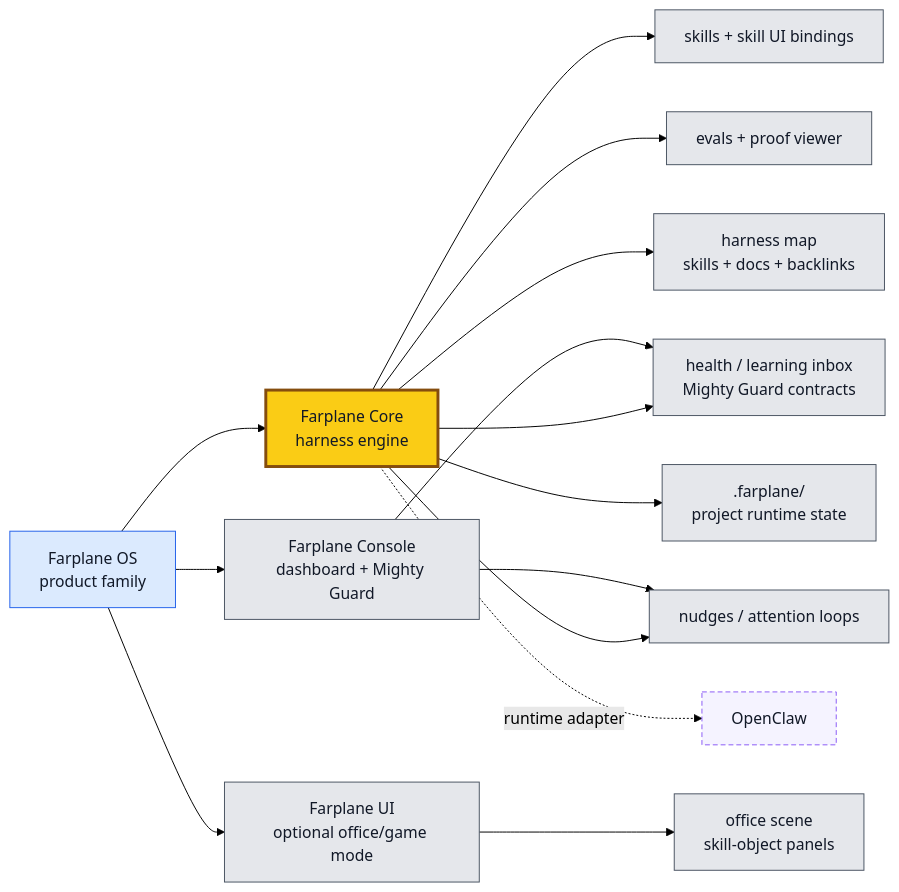
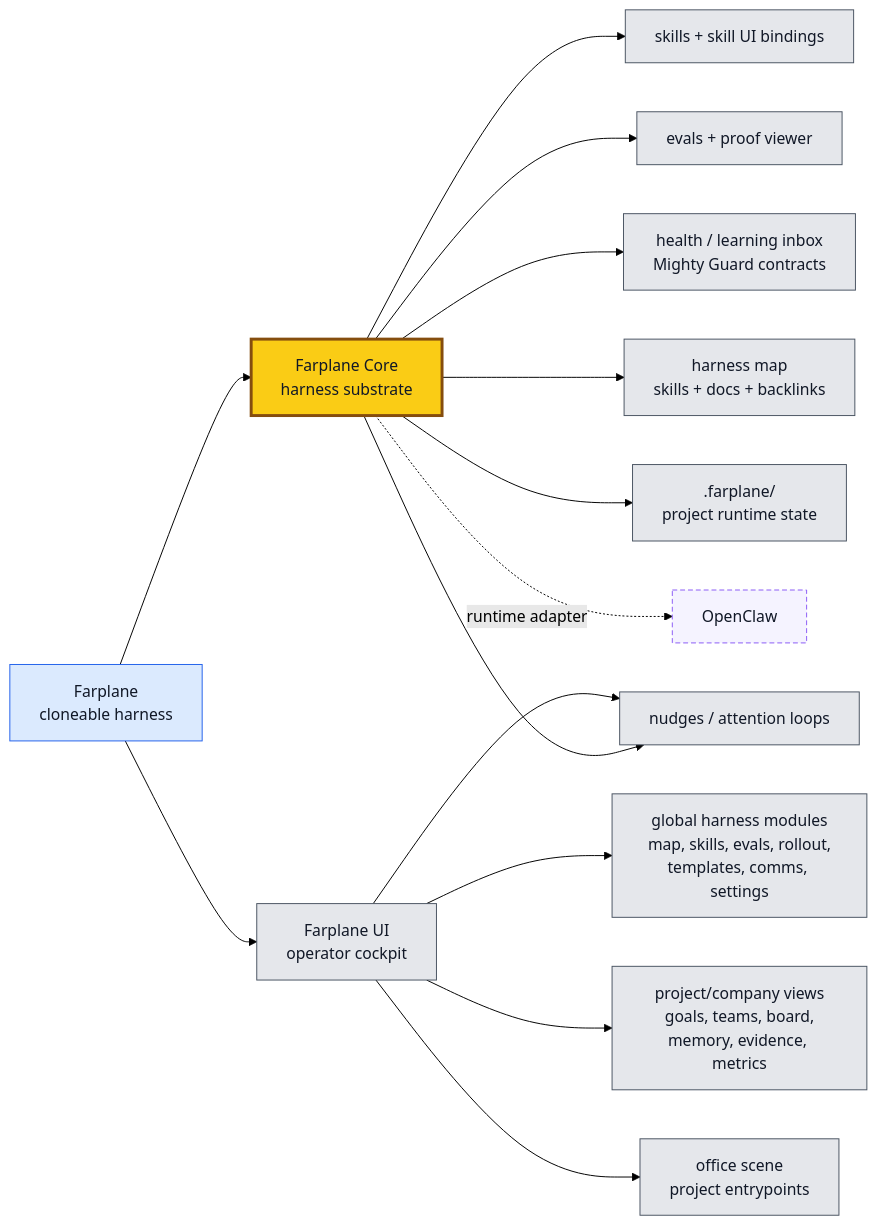
One commit to ZanarkandTechnologies/Farplane changed the first of 3 diagrams in README.md. Above: the diagram before and after it, drawn with Mermaid (forest theme). The commit also changed other lines of this file and 4 other files, not shown here.

Commit message:
Reframe Farplane as cloneable harness substrate

````diff
--- a/README.md
+++ b/README.md
@@ -63,21 +78,21 @@
 ```mermaid
 flowchart LR
   classDef shell fill:#dbeafe,stroke:#2563eb,color:#111827
   classDef engine fill:#facc15,stroke:#854d0e,stroke-width:3px,color:#111827
   classDef module fill:#e5e7eb,stroke:#4b5563,color:#111827
   classDef adapter fill:#f5f3ff,stroke:#8b5cf6,color:#111827,stroke-dasharray:5 3
 
-  os["Farplane OS<br/>product family"]:::shell --> engine["Farplane Core<br/>harness engine"]:::engine
-  os --> console["Farplane Console<br/>dashboard + Mighty Guard"]:::module
-  os --> ui["Farplane UI<br/>optional office/game mode"]:::module
+  os["Farplane<br/>cloneable harness"]:::shell --> engine["Farplane Core<br/>harness substrate"]:::engine
+  os --> ui["Farplane UI<br/>operator cockpit"]:::module
   engine --> skills["skills + skill UI bindings"]:::module
   engine --> evals["evals + proof viewer"]:::module
   engine --> health["health / learning inbox<br/>Mighty Guard contracts"]:::module
   engine --> nudges["nudges / attention loops"]:::module
   engine --> map["harness map<br/>skills + docs + backlinks"]:::module
   engine --> state[".farplane/<br/>project runtime state"]:::module
-  ui --> scene["office scene<br/>skill-object panels"]:::module
-  console --> health
-  console --> nudges
+  ui --> global["global harness modules<br/>map, skills, evals, rollout,<br/>templates, comms, settings"]:::module
+  ui --> project["project/company views<br/>goals, teams, board,<br/>memory, evidence, metrics"]:::module
+  ui --> scene["office scene<br/>project entrypoints"]:::module
+  ui --> nudges
   engine -. runtime adapter .-> openclaw["OpenClaw"]:::adapter
 ```
````
